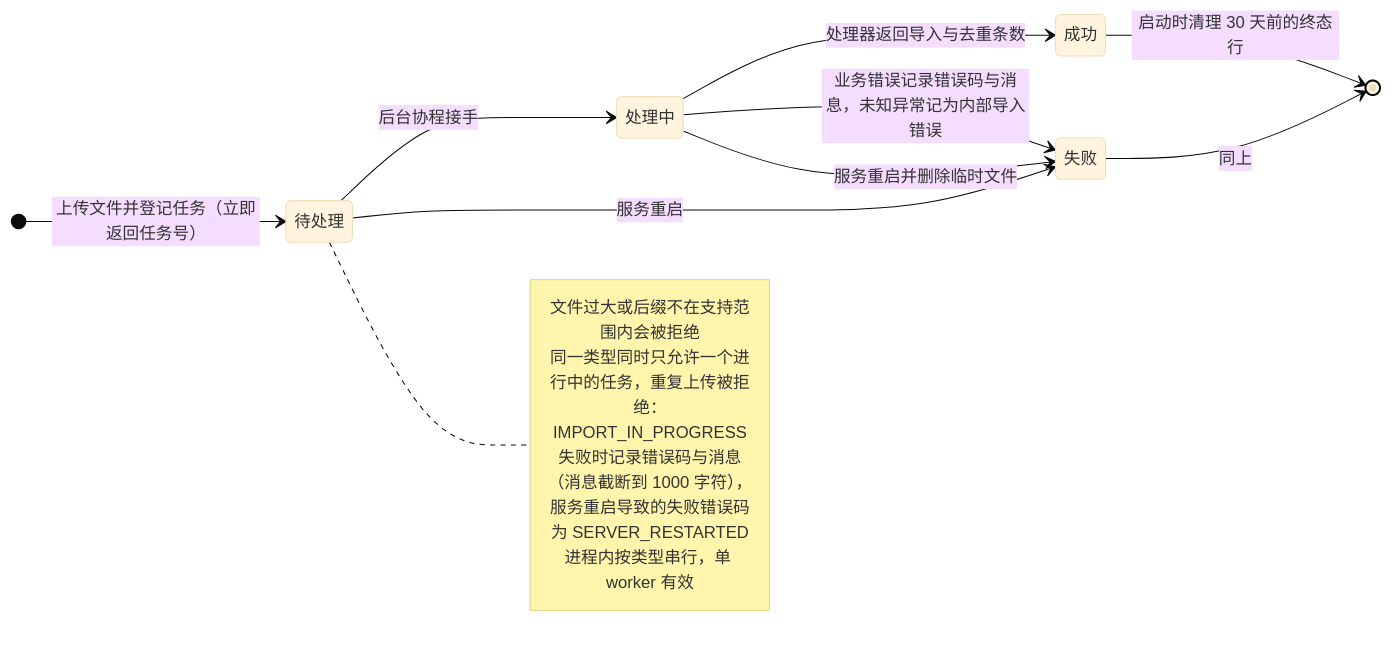
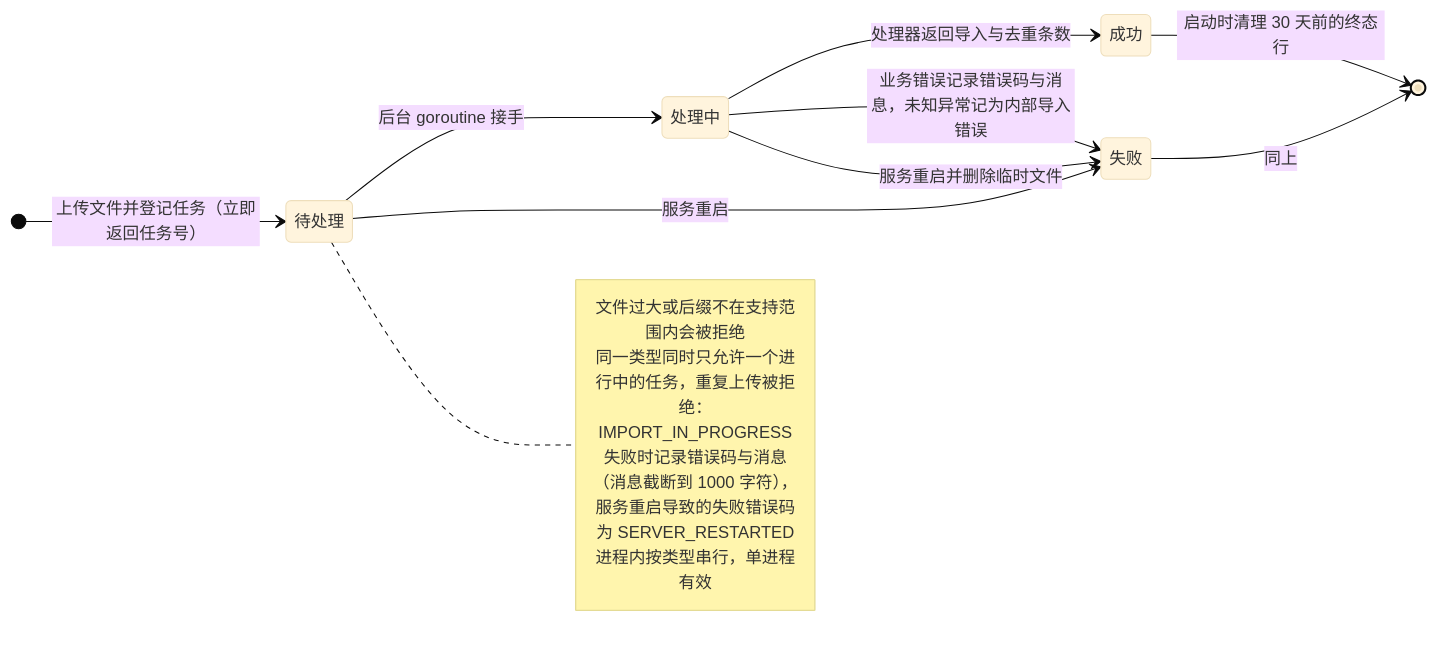
Diagram 13 of 24 in docs/websites/pages/dev-state-machines.md (Sakana-1314/Electrical-Manager), drawn with Mermaid (base theme) before and after one commit. The commit also changed other lines of this file and 329 other files, not shown here.

````diff
--- a/docs/websites/pages/dev-state-machines.md
+++ b/docs/websites/pages/dev-state-machines.md
@@ -223,18 +223,18 @@
 ```mermaid
 stateDiagram-v2
     direction LR
     [*] --> 待处理 : 上传文件并登记任务（立即返回任务号）
-    待处理 --> 处理中 : 后台协程接手
+    待处理 --> 处理中 : 后台 goroutine 接手
     处理中 --> 成功 : 处理器返回导入与去重条数
     处理中 --> 失败 : 业务错误记录错误码与消息，未知异常记为内部导入错误
     待处理 --> 失败 : 服务重启
     处理中 --> 失败 : 服务重启并删除临时文件
     成功 --> [*] : 启动时清理 30 天前的终态行
     失败 --> [*] : 同上
     note right of 待处理
         文件过大或后缀不在支持范围内会被拒绝
         同一类型同时只允许一个进行中的任务，重复上传被拒绝：IMPORT_IN_PROGRESS
         失败时记录错误码与消息（消息截断到 1000 字符），服务重启导致的失败错误码为 SERVER_RESTARTED
-        进程内按类型串行，单 worker 有效
+        进程内按类型串行，单进程有效
     end note
 ```
````
